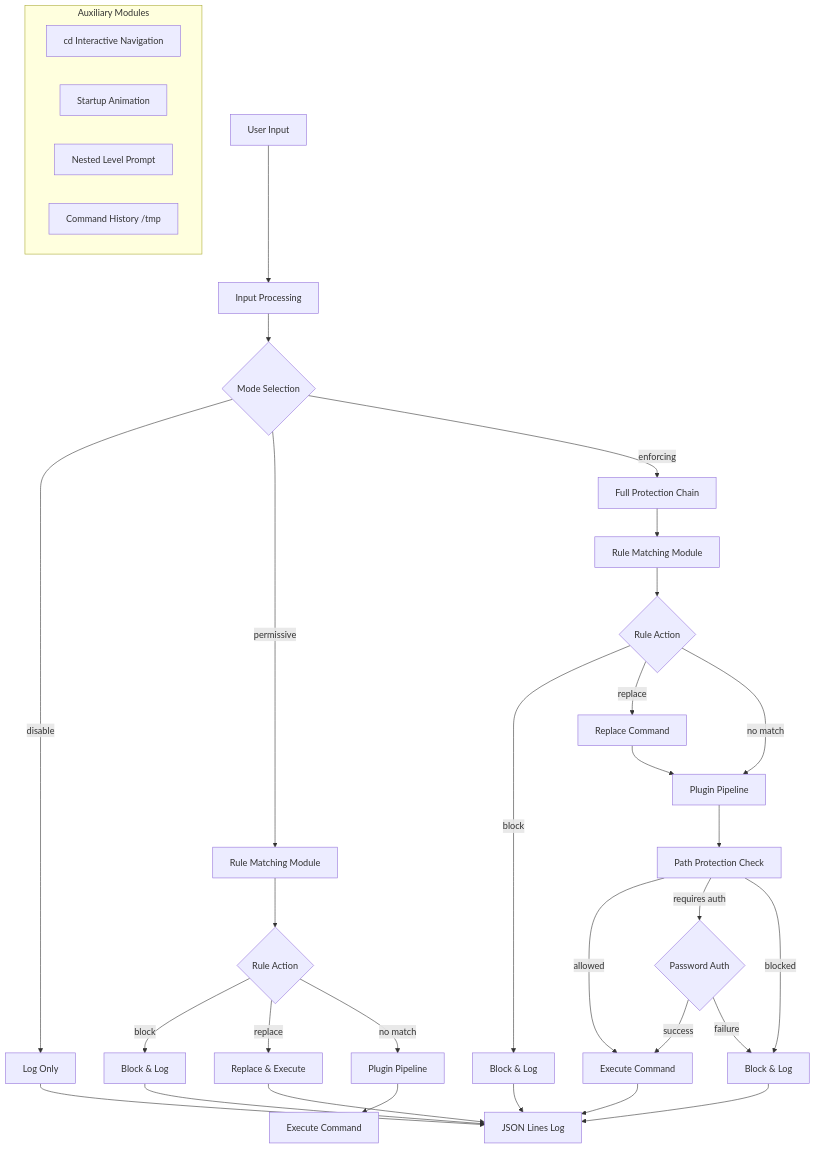
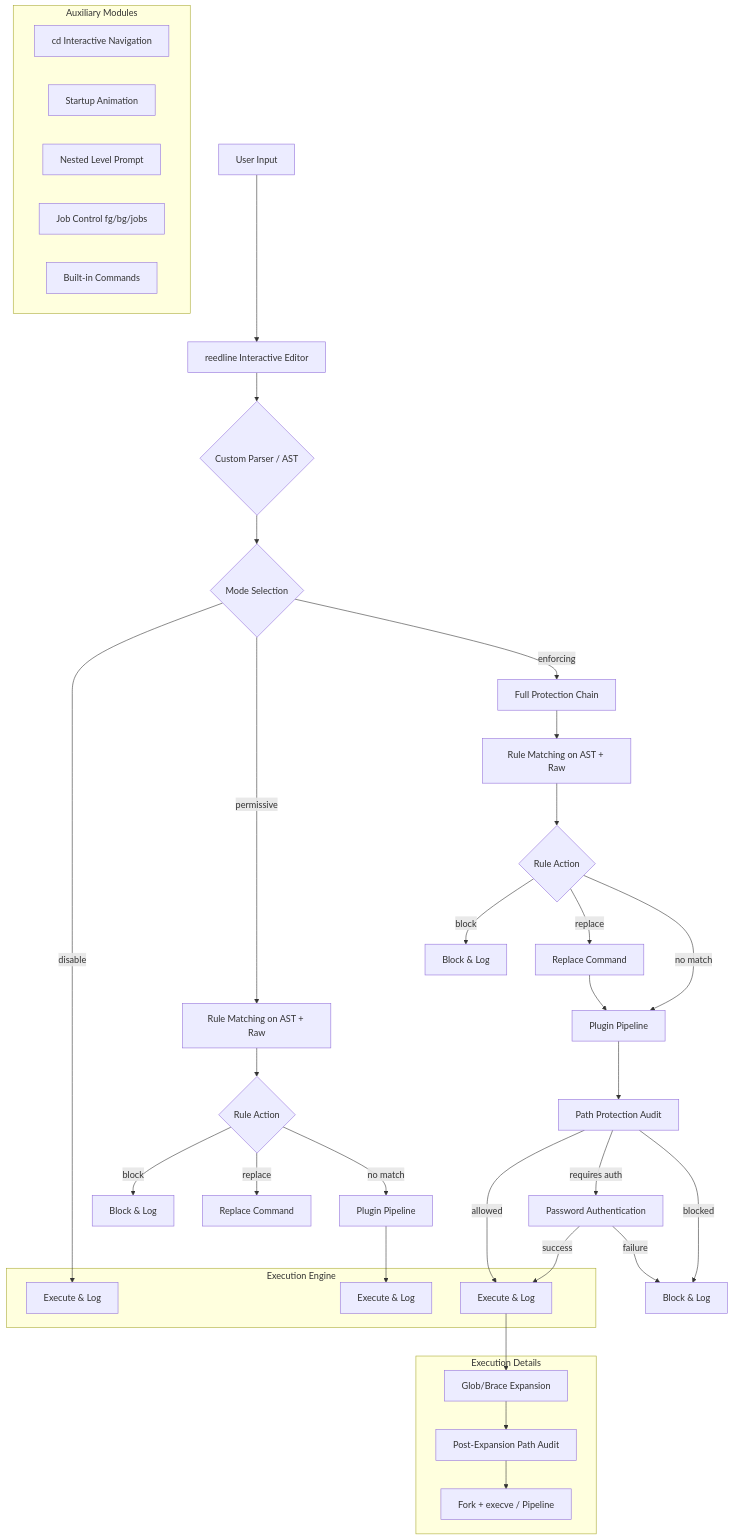
The first of 2 diagrams in ARCHITECTURE.md (Geekstrange/Deeprotection), drawn with Mermaid before and after one commit. The commit also changed other lines of this file and 9 other files, not shown here.

````diff
--- a/ARCHITECTURE.md
+++ b/ARCHITECTURE.md
@@ -9,41 +9,50 @@
 ```mermaid
 graph TD
-    A[User Input] --> B[Input Processing]
-    B --> C{Mode Selection}
-    C -->|disable| D[Log Only]
-    C -->|permissive| E[Rule Matching Module]
-    C -->|enforcing| F[Full Protection Chain]
+    A[User Input] --> B[reedline Interactive Editor]
+    B --> C{Custom Parser / AST}
+    C --> D{Mode Selection}
+    D -->|disable| E[Execute & Log]
+    D -->|permissive| F[Rule Matching on AST + Raw]
+    D -->|enforcing| G[Full Protection Chain]
 
-    E --> G{Rule Action}
-    G -->|block| H[Block & Log]
-    G -->|replace| I[Replace & Execute]
-    G -->|no match| J[Plugin Pipeline]
-    J --> K[Execute Command]
+    F --> H{Rule Action}
+    H -->|block| I[Block & Log]
+    H -->|replace| J[Replace Command]
+    H -->|no match| K[Plugin Pipeline]
+    K --> L[Execute & Log]
 
-    F --> L[Rule Matching Module]
-    L --> M{Rule Action}
-    M -->|block| N[Block & Log]
-    M -->|replace| O[Replace Command]
-    O --> P[Plugin Pipeline]
-    M -->|no match| P
-    P --> Q[Path Protection Check]
-    Q -->|allowed| R[Execute Command]
-    Q -->|requires auth| S{Password Auth}
-    S -->|success| R
-    S -->|failure| T[Block & Log]
-    Q -->|blocked| T
+    G --> M[Rule Matching on AST + Raw]
+    M --> N{Rule Action}
+    N -->|block| O[Block & Log]
+    N -->|replace| P[Replace Command]
+    N -->|no match| Q[Plugin Pipeline]
+    P --> Q
+    Q --> R[Path Protection Audit]
+    R -->|allowed| S[Execute & Log]
+    R -->|requires auth| T[Password Authentication]
+    T -->|success| S
+    T -->|failure| U[Block & Log]
+    R -->|blocked| U
 
-    D --> U[JSON Lines Log]
-    H --> U
-    I --> U
-    N --> U
-    R --> U
-    T --> U
+    subgraph Execution Engine
+        E
+        L
+        S
+    end
+
+    subgraph Execution Details
+        V[Glob/Brace Expansion]
+        W[Post‑Expansion Path Audit]
+        X[Fork + execve / Pipeline]
+    end
+
+    S --> V --> W --> X
 
     subgraph Auxiliary Modules
-        V[cd Interactive Navigation]
-        W[Startup Animation]
-        X[Nested Level Prompt]
-        Y[Command History /tmp]
+        Y[cd Interactive Navigation]
+        Z[Startup Animation]
+        AA[Nested Level Prompt]
+        AB[Job Control fg/bg/jobs]
+        AC[Built‑in Commands]
     end
 ```
````
